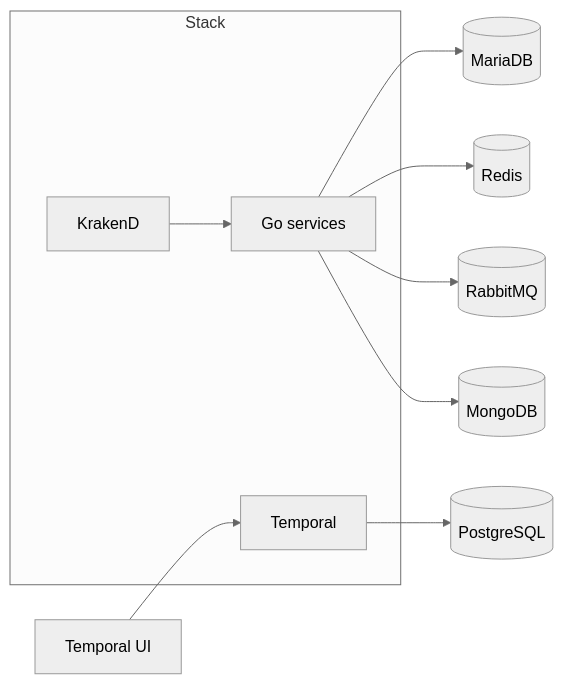
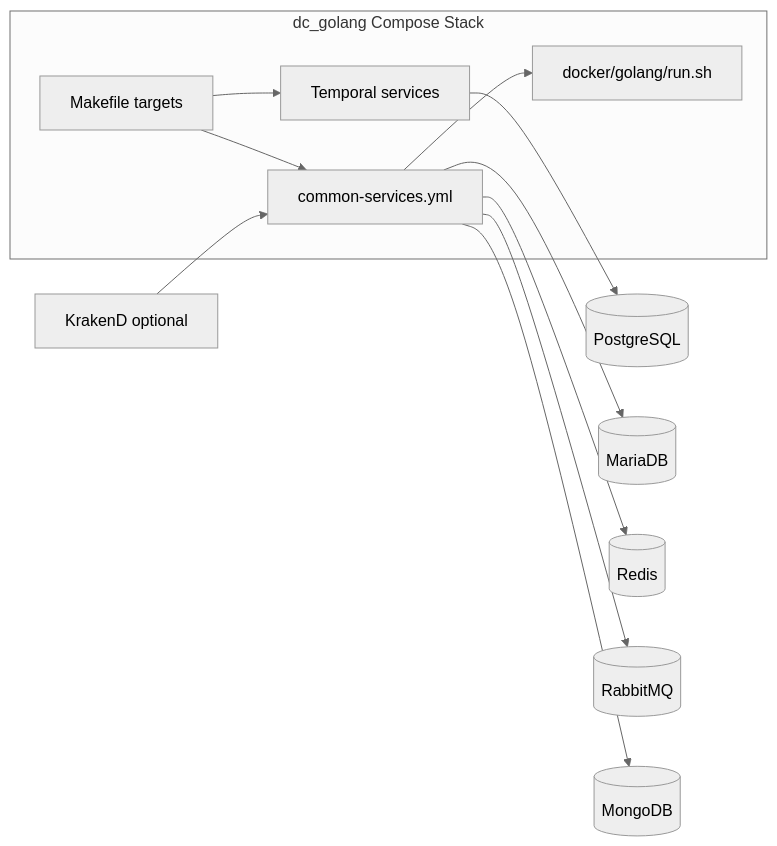
One commit to natansdj/dc_golang changed the second of 4 diagrams in README.md. Above: the diagram before and after it, drawn with Mermaid (neutral theme). The commit also changed other lines of this file and 7 other files, not shown here.

````diff
--- a/README.md
+++ b/README.md
@@ -35,15 +42,19 @@
 ```mermaid
 flowchart LR
-  subgraph Stack
-    K[KrakenD]
-    G[Go services]
-    T[Temporal]
+  subgraph ThisRepo[dc_golang Compose Stack]
+    MF[Makefile targets]
+    CS[common-services.yml]
+    RS[docker/golang/run.sh]
+    TS[Temporal services]
   end
-  K --> G
-  G --> MariaDB[(MariaDB)]
-  G --> Redis[(Redis)]
-  G --> Rabbit[(RabbitMQ)]
-  G --> Mongo[(MongoDB)]
-  T --> Postgres[(PostgreSQL)]
-  TemporalUI[Temporal UI] --> T
+
+  MF --> CS
+  CS --> RS
+  MF --> TS
+  TS --> PG[(PostgreSQL)]
+  CS --> MDB[(MariaDB)]
+  CS --> R[(Redis)]
+  CS --> RB[(RabbitMQ)]
+  CS --> MG[(MongoDB)]
+  KRA[KrakenD optional] --> CS
 ```
````
